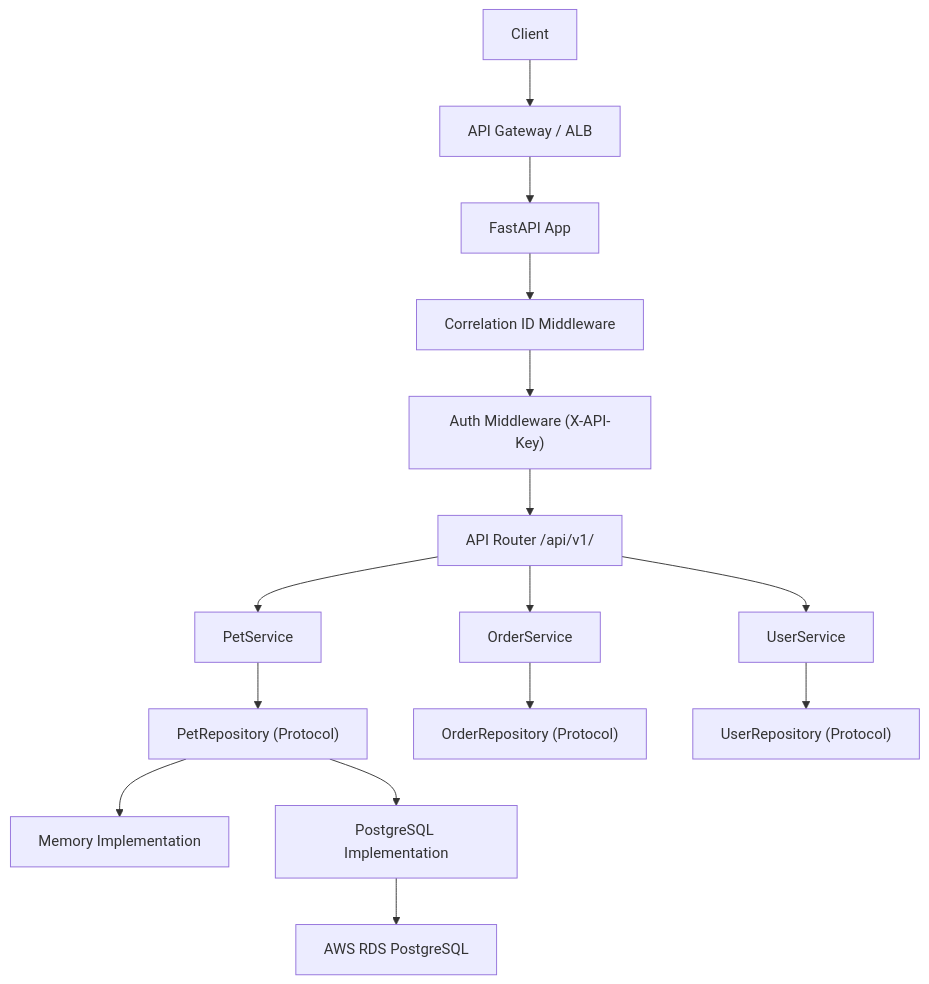
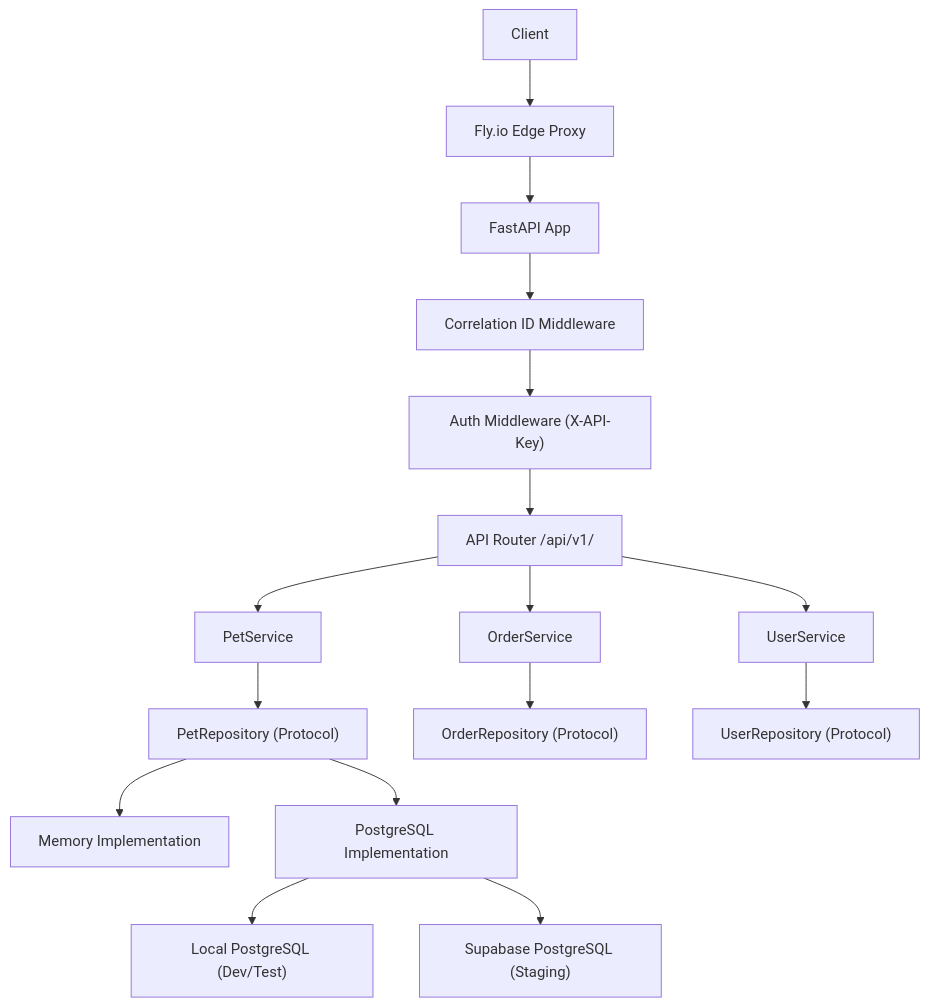
The first of 2 diagrams in docs/architecture.md (RamonAlcantaraArceo/petstore-api), drawn with Mermaid before and after one commit. The commit also changed other lines of this file and 18 other files, not shown here.

````diff
--- a/docs/architecture.md
+++ b/docs/architecture.md
@@ -5,17 +5,18 @@
 ```mermaid
 graph TD
-    Client --> APIGateway["API Gateway / ALB"]
-    APIGateway --> FastAPI["FastAPI App"]
+    Client --> FlyEdge["Fly.io Edge Proxy"]
+    FlyEdge --> FastAPI["FastAPI App"]
     FastAPI --> CorrelationMiddleware["Correlation ID Middleware"]
     CorrelationMiddleware --> AuthMiddleware["Auth Middleware (X-API-Key)"]
     AuthMiddleware --> Router["API Router /api/v1/"]
     Router --> PetService["PetService"]
     Router --> OrderService["OrderService"]
     Router --> UserService["UserService"]
     PetService --> PetRepo["PetRepository (Protocol)"]
     OrderService --> OrderRepo["OrderRepository (Protocol)"]
     UserService --> UserRepo["UserRepository (Protocol)"]
     PetRepo --> MemoryImpl["Memory Implementation"]
     PetRepo --> PostgresImpl["PostgreSQL Implementation"]
-    PostgresImpl --> RDS["AWS RDS PostgreSQL"]
+    PostgresImpl --> LocalPostgres["Local PostgreSQL (Dev/Test)"]
+    PostgresImpl --> Supabase["Supabase PostgreSQL (Staging)"]
 ```
````
